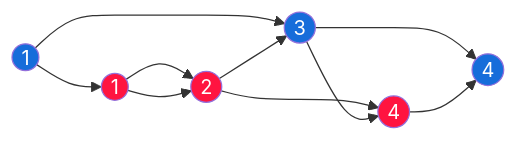
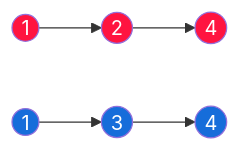
One commit to Leezgion/example-repository changed the first of 2 diagrams in README.md. Above: the diagram before and after it, drawn with Mermaid.

````diff
--- a/README.md
+++ b/README.md
@@ -3,14 +3,11 @@
 ```mermaid
 flowchart LR
     A1((1)) --> B1((2)) -->C1((4))
     style A1 fill:#ff1440,color:#fff
     style B1 fill:#ff1440,color:#fff
     style C1 fill:#ff1440,color:#fff
     A2((1)) --> B2((3)) -->C2((4))
     style A2 fill:#166dda,color:#fff
     style B2 fill:#166dda,color:#fff
     style C2 fill:#166dda,color:#fff
-
-    A2((1)) --> A1((1)) --> B1((2)) --> B2((3)) --> C1((4)) --> C2((4))
-    
 ```
````
